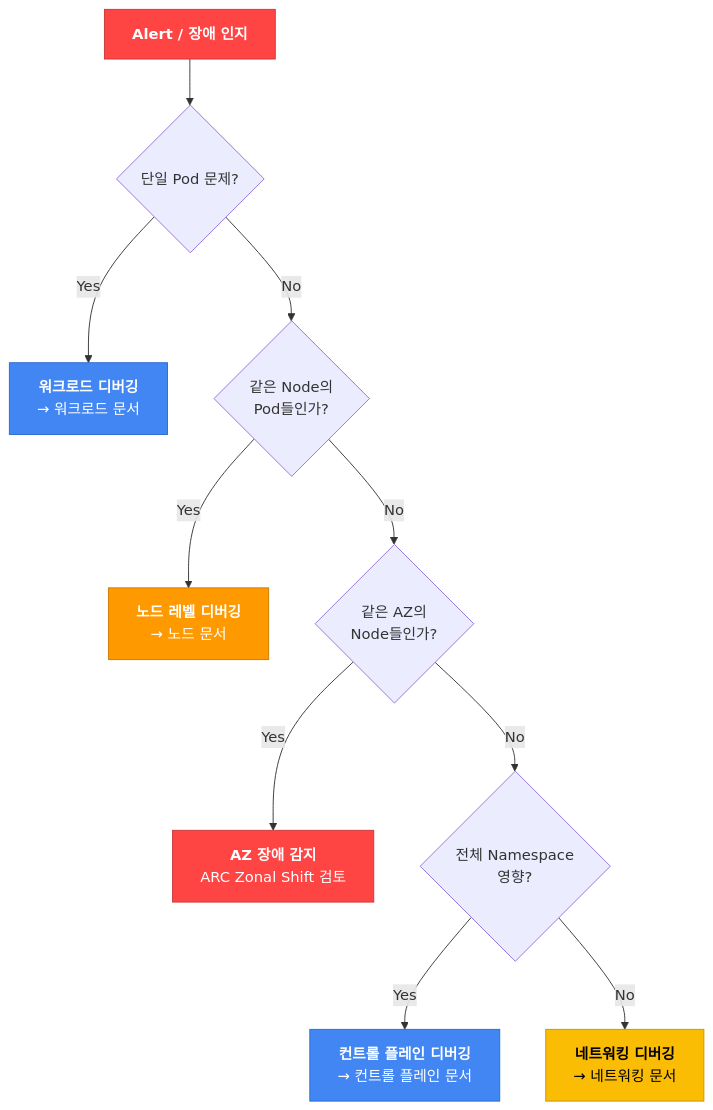
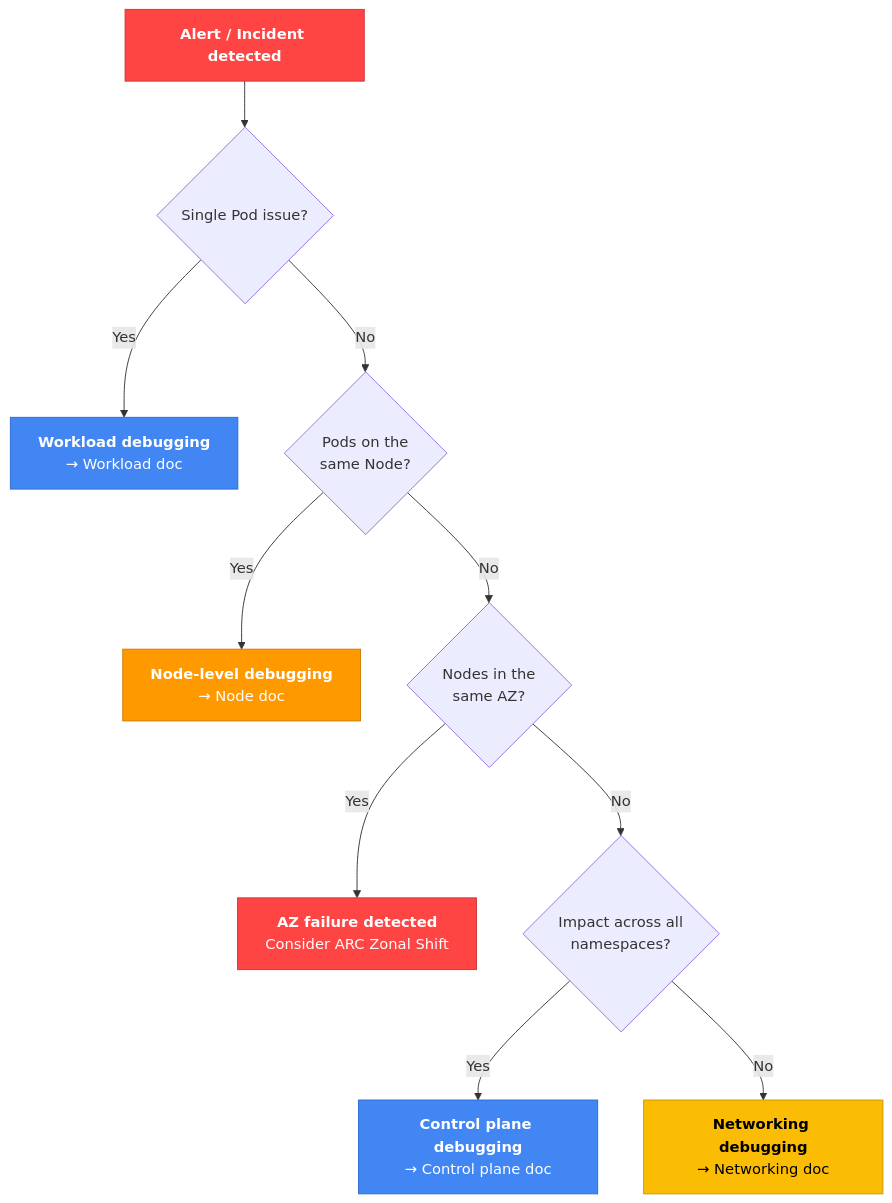
Before and after one commit to devfloor9/engineering-playbook: the second of 2 diagrams in docs/eks-best-practices/operations-reliability/eks-debugging/index.md, drawn with Mermaid. The commit also changed other lines of this file and 954 other files, not shown here.

````diff
--- a/docs/eks-best-practices/operations-reliability/eks-debugging/index.md
+++ b/docs/eks-best-practices/operations-reliability/eks-debugging/index.md
@@ -134,35 +136,35 @@
 ```mermaid
 flowchart TD
-    ALERT["`**Alert / 장애 인지**`"] --> SINGLE{"`단일 Pod 문제?`"}
+    ALERT["`**Alert / Incident detected**`"] --> SINGLE{"`Single Pod issue?`"}
 
-    SINGLE -->|Yes| POD_DEBUG["`**워크로드 디버깅**
-    → 워크로드 문서`"]
+    SINGLE -->|Yes| POD_DEBUG["`**Workload debugging**
+    → Workload doc`"]
 
-    SINGLE -->|No| SAME_NODE{"`같은 Node의
-    Pod들인가?`"}
+    SINGLE -->|No| SAME_NODE{"`Pods on the
+    same Node?`"}
 
-    SAME_NODE -->|Yes| NODE_DEBUG["`**노드 레벨 디버깅**
-    → 노드 문서`"]
+    SAME_NODE -->|Yes| NODE_DEBUG["`**Node-level debugging**
+    → Node doc`"]
 
-    SAME_NODE -->|No| SAME_AZ{"`같은 AZ의
-    Node들인가?`"}
+    SAME_NODE -->|No| SAME_AZ{"`Nodes in the
+    same AZ?`"}
 
-    SAME_AZ -->|Yes| AZ_DEBUG["`**AZ 장애 감지**
-    ARC Zonal Shift 검토`"]
+    SAME_AZ -->|Yes| AZ_DEBUG["`**AZ failure detected**
+    Consider ARC Zonal Shift`"]
 
-    SAME_AZ -->|No| ALL_NS{"`전체 Namespace
-    영향?`"}
+    SAME_AZ -->|No| ALL_NS{"`Impact across all
+    namespaces?`"}
 
-    ALL_NS -->|Yes| CP_DEBUG["`**컨트롤 플레인 디버깅**
-    → 컨트롤 플레인 문서`"]
+    ALL_NS -->|Yes| CP_DEBUG["`**Control plane debugging**
+    → Control plane doc`"]
 
-    ALL_NS -->|No| NET_DEBUG["`**네트워킹 디버깅**
-    → 네트워킹 문서`"]
+    ALL_NS -->|No| NET_DEBUG["`**Networking debugging**
+    → Networking doc`"]
 
     style ALERT fill:#ff4444,stroke:#cc3636,color:#fff
     style POD_DEBUG fill:#4286f4,stroke:#2a6acf,color:#fff
     style NODE_DEBUG fill:#ff9900,stroke:#cc7a00,color:#fff
     style AZ_DEBUG fill:#ff4444,stroke:#cc3636,color:#fff
     style CP_DEBUG fill:#4286f4,stroke:#2a6acf,color:#fff
     style NET_DEBUG fill:#fbbc04,stroke:#c99603,color:#000
 ```
````
